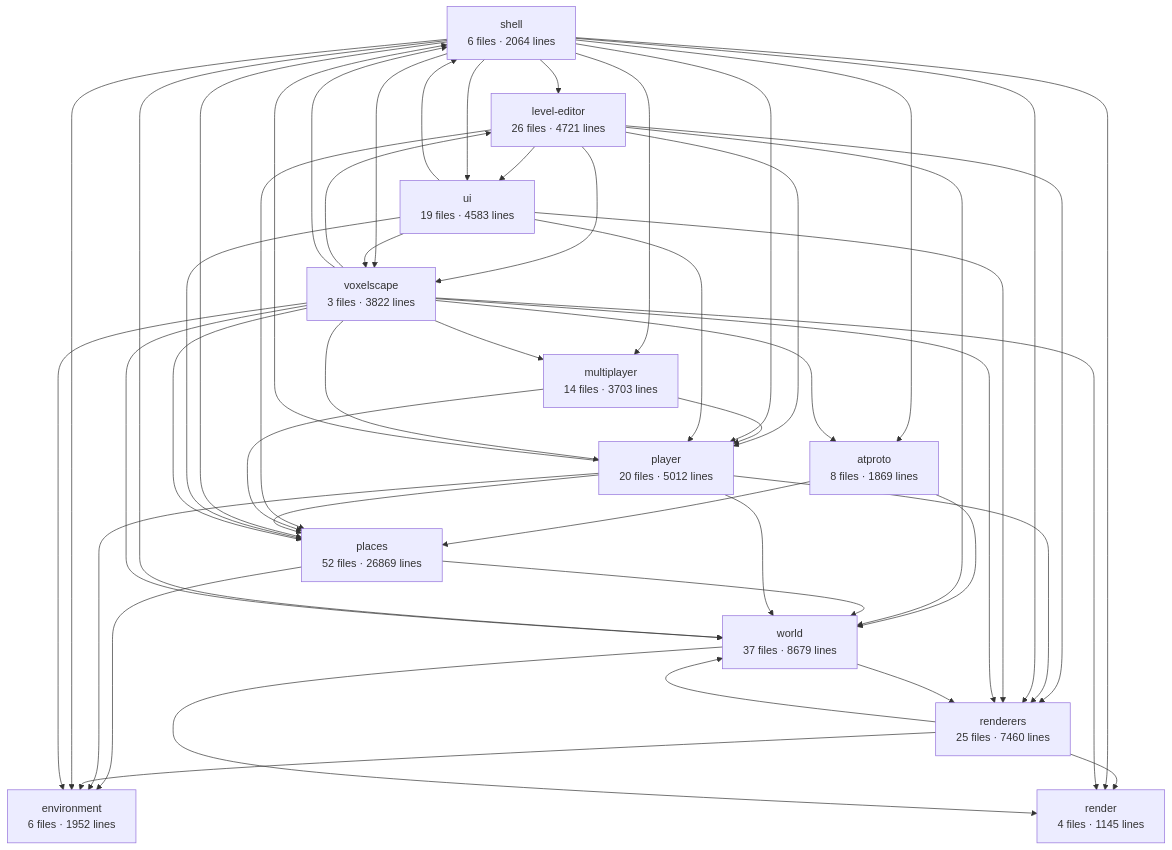
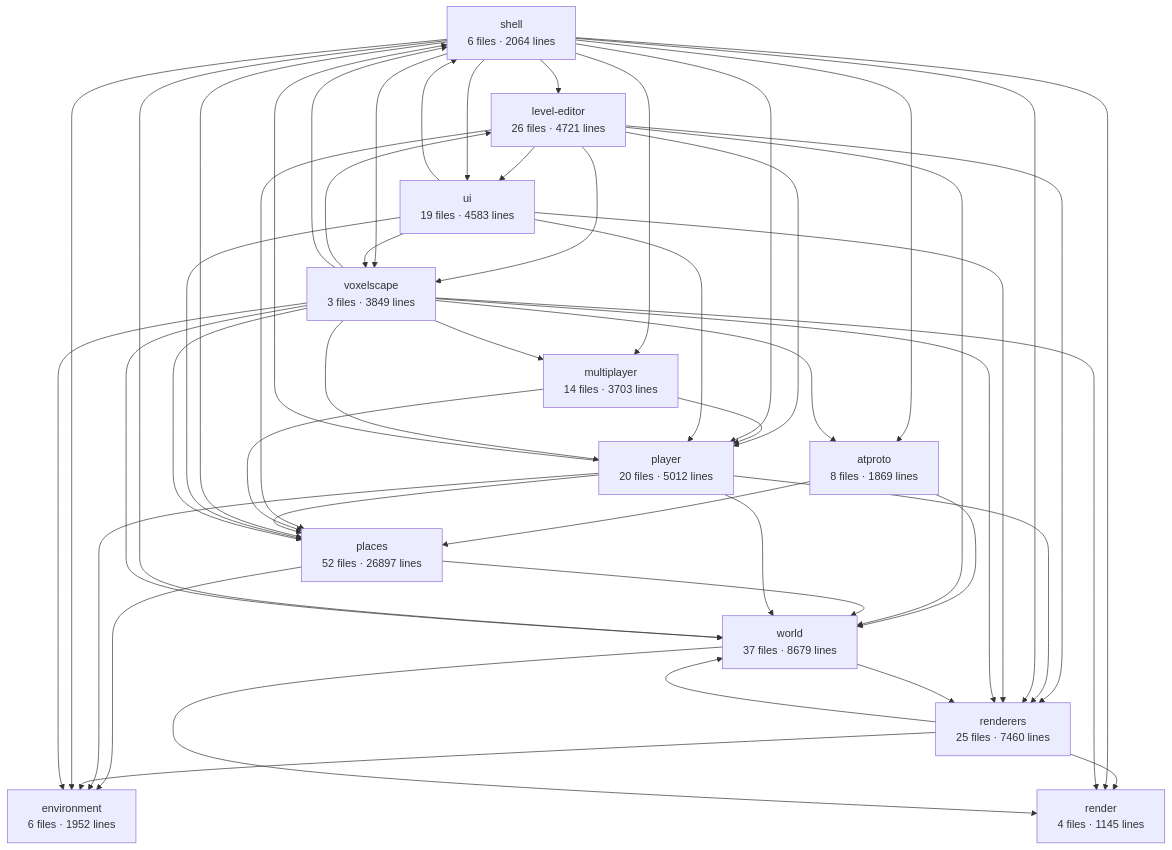
The diagram in apps/voxelscape/docs/architecture.md (big-mesh-studios/big-mesh-studios), drawn with Mermaid before and after one commit. The commit also changed other lines of this file and 5 other files, not shown here.

Commit message:
player figure network smoothing slide bug fix

````diff
--- a/apps/voxelscape/docs/architecture.md
+++ b/apps/voxelscape/docs/architecture.md
@@ -6,63 +6,63 @@
 ```mermaid
 graph TD
   shell["shell<br/>6 files · 2064 lines"]
-  voxelscape["voxelscape<br/>3 files · 3822 lines"]
+  voxelscape["voxelscape<br/>3 files · 3849 lines"]
   world["world<br/>37 files · 8679 lines"]
   renderers["renderers<br/>25 files · 7460 lines"]
   render["render<br/>4 files · 1145 lines"]
   player["player<br/>20 files · 5012 lines"]
   multiplayer["multiplayer<br/>14 files · 3703 lines"]
-  places["places<br/>52 files · 26869 lines"]
+  places["places<br/>52 files · 26897 lines"]
   environment["environment<br/>6 files · 1952 lines"]
   atproto["atproto<br/>8 files · 1869 lines"]
   ui["ui<br/>19 files · 4583 lines"]
   level-editor["level-editor<br/>26 files · 4721 lines"]
   atproto --> places
   atproto --> world
   level-editor --> places
   level-editor --> player
   level-editor --> renderers
   level-editor --> ui
   level-editor --> voxelscape
   level-editor --> world
   multiplayer --> places
   multiplayer --> player
   places --> environment
   places --> world
   player --> environment
   player --> places
   player --> renderers
   player --> shell
   player --> world
   renderers --> environment
   renderers --> render
   renderers --> world
   shell --> atproto
   shell --> environment
   shell --> level-editor
   shell --> multiplayer
   shell --> places
   shell --> player
   shell --> render
   shell --> renderers
   shell --> ui
   shell --> voxelscape
   shell --> world
   ui --> places
   ui --> player
   ui --> renderers
   ui --> shell
   ui --> voxelscape
   voxelscape --> atproto
   voxelscape --> environment
   voxelscape --> level-editor
   voxelscape --> multiplayer
   voxelscape --> places
   voxelscape --> player
   voxelscape --> render
   voxelscape --> renderers
   voxelscape --> shell
   voxelscape --> world
   world --> render
   world --> renderers
 ```
````
